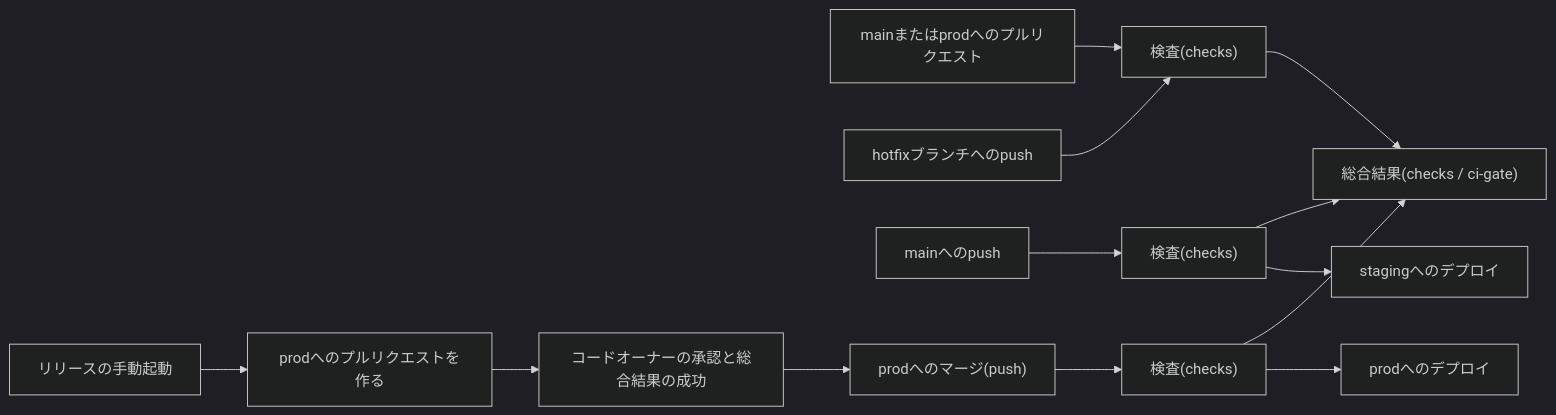
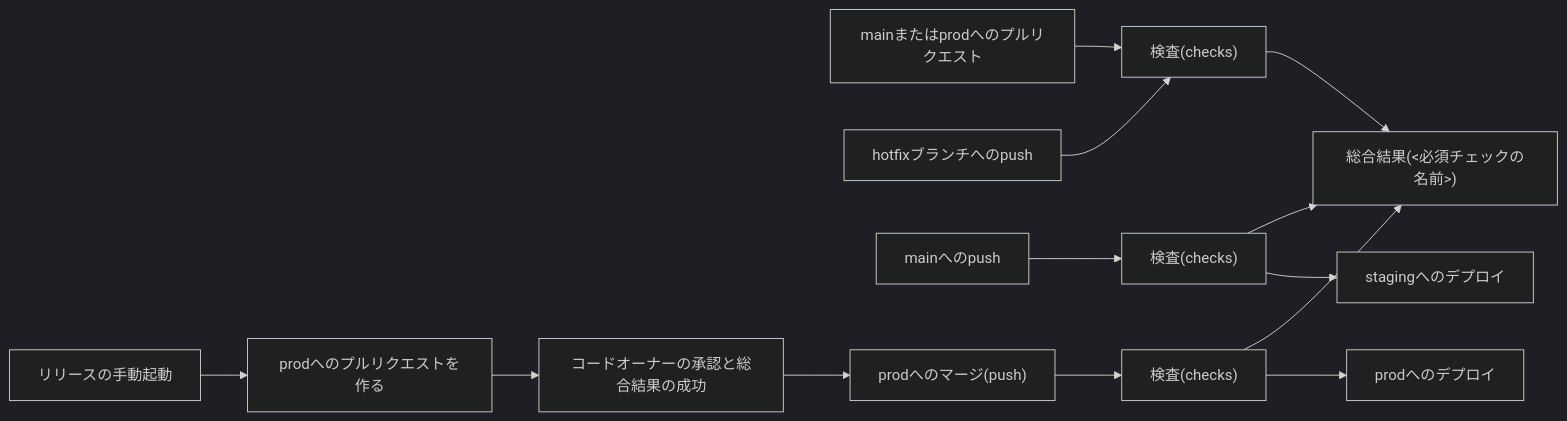
The second of 3 diagrams in docs/GUIDES/tech/infra/005-infrastructure-overview.md (kurachiweb/genai-example-2-launch-platform), drawn with Mermaid (dark theme) before and after one commit. The commit also changed other lines of this file and 4 other files, not shown here.

````diff
--- a/docs/GUIDES/tech/infra/005-infrastructure-overview.md
+++ b/docs/GUIDES/tech/infra/005-infrastructure-overview.md
@@ -103,15 +103,15 @@
 ```mermaid
 graph LR
     PR["mainまたはprodへのプルリクエスト"] --> Checks["検査(checks)"]
     Hotfix["hotfixブランチへのpush"] --> Checks
     PushMain["mainへのpush"] --> ChecksMain["検査(checks)"]
     ChecksMain --> DeployStg["stagingへのデプロイ"]
     Dispatch["リリースの手動起動"] --> ReleasePr["prodへのプルリクエストを作る"]
     ReleasePr --> Approve["コードオーナーの承認と総合結果の成功"]
     Approve --> PushProd["prodへのマージ(push)"]
     PushProd --> ChecksProd["検査(checks)"]
     ChecksProd --> DeployProd["prodへのデプロイ"]
-    Checks --> Gate["総合結果(checks / ci-gate)"]
+    Checks --> Gate["総合結果(#lt;必須チェックの名前#gt;)"]
     ChecksMain --> Gate
     ChecksProd --> Gate
 ```
````
